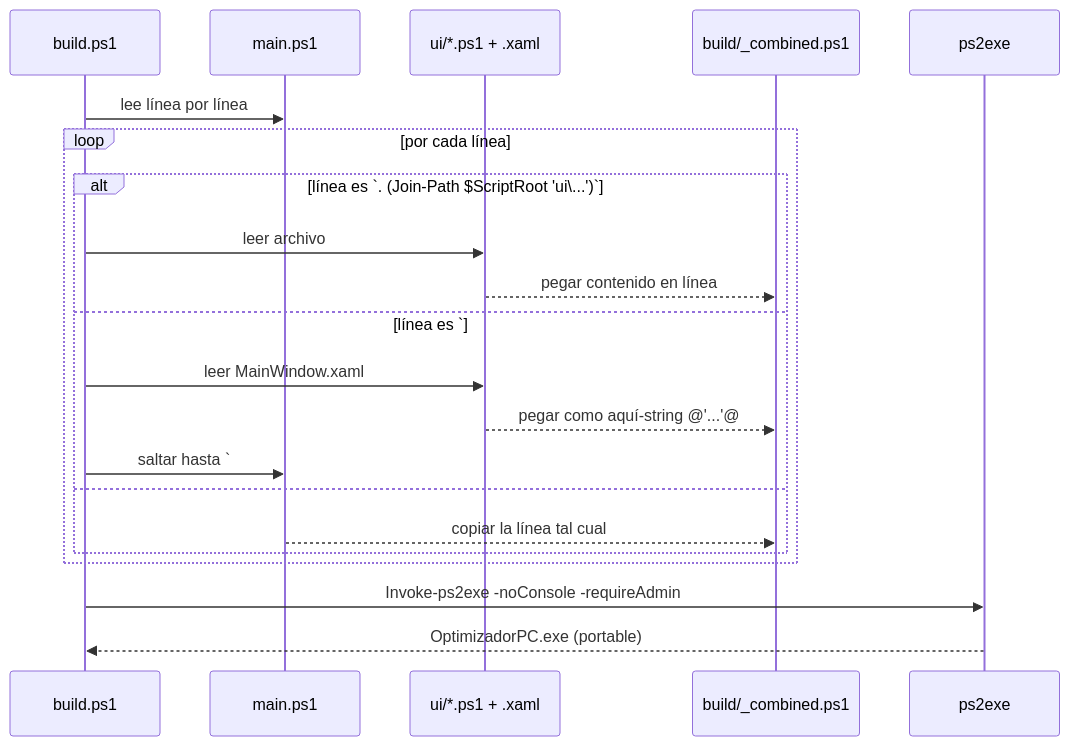
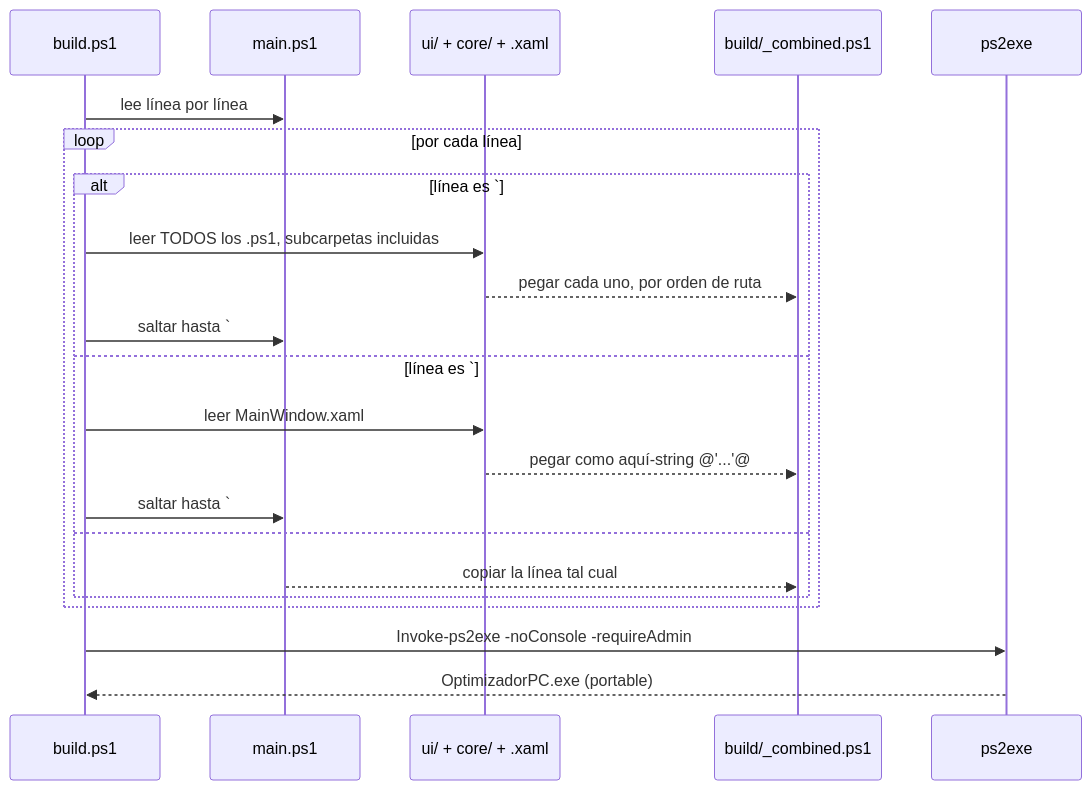
One commit to johansparra/OptimizadorPC changed the fourth of 4 diagrams in README.md. Above: the diagram before and after it, drawn with Mermaid. The commit also changed other lines of this file and 77 other files, not shown here.

````diff
--- a/README.md
+++ b/README.md
@@ -436,24 +489,25 @@
 ```mermaid
 sequenceDiagram
     participant B as build.ps1
     participant M as main.ps1
-    participant U as ui/*.ps1 + .xaml
+    participant U as ui/ + core/ + .xaml
     participant C as build/_combined.ps1
     participant P as ps2exe
 
     B->>M: lee línea por línea
     loop por cada línea
-        alt línea es `. (Join-Path $ScriptRoot 'ui\...')`
-            B->>U: leer archivo
-            U-->>C: pegar contenido en línea
+        alt línea es `# @@EMBED_DIR:carpeta@@`
+            B->>U: leer TODOS los .ps1, subcarpetas incluidas
+            U-->>C: pegar cada uno, por orden de ruta
+            B->>M: saltar hasta `# @@ENDEMBED@@`
         else línea es `# @@EMBED_XAML:...@@`
             B->>U: leer MainWindow.xaml
             U-->>C: pegar como aquí-string @'...'@
             B->>M: saltar hasta `# @@ENDEMBED@@`
         else
             M-->>C: copiar la línea tal cual
         end
     end
     B->>P: Invoke-ps2exe -noConsole -requireAdmin
     P-->>B: OptimizadorPC.exe (portable)
 ```
````
